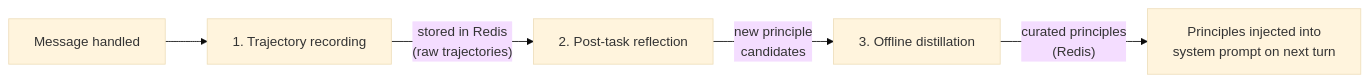
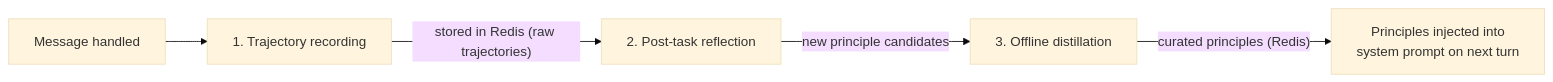
The diagram in docs/experience-system.md (gianlucamazza/orka), drawn with Mermaid (base theme) before and after one commit. The commit also changed 2 other files, not shown here.

Commit message:
docs: replace \n with <br/> in Mermaid diagrams for correct rendering
\n is not supported by all Mermaid renderers (e.g. Gitea). Using <br/>
ensures line breaks render correctly across all platforms.

````diff
--- a/docs/experience-system.md
+++ b/docs/experience-system.md
@@ -6,13 +6,13 @@
 ```mermaid
 flowchart LR
     Msg["Message handled"]
     T["1. Trajectory recording"]
     R["2. Post-task reflection"]
     D["3. Offline distillation"]
-    Inject["Principles injected into\nsystem prompt on next turn"]
+    Inject["Principles injected into<br/>system prompt on next turn"]
 
     Msg --> T
-    T -->|"stored in Redis\n(raw trajectories)"| R
-    R -->|"new principle\ncandidates"| D
-    D -->|"curated principles\n(Redis)"| Inject
+    T -->|"stored in Redis (raw trajectories)"| R
+    R -->|"new principle candidates"| D
+    D -->|"curated principles (Redis)"| Inject
 ```
````
